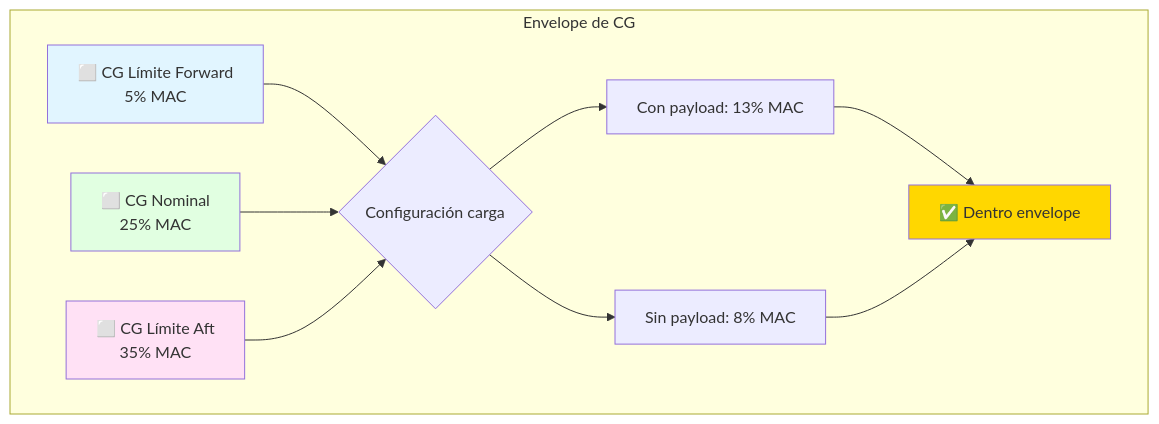
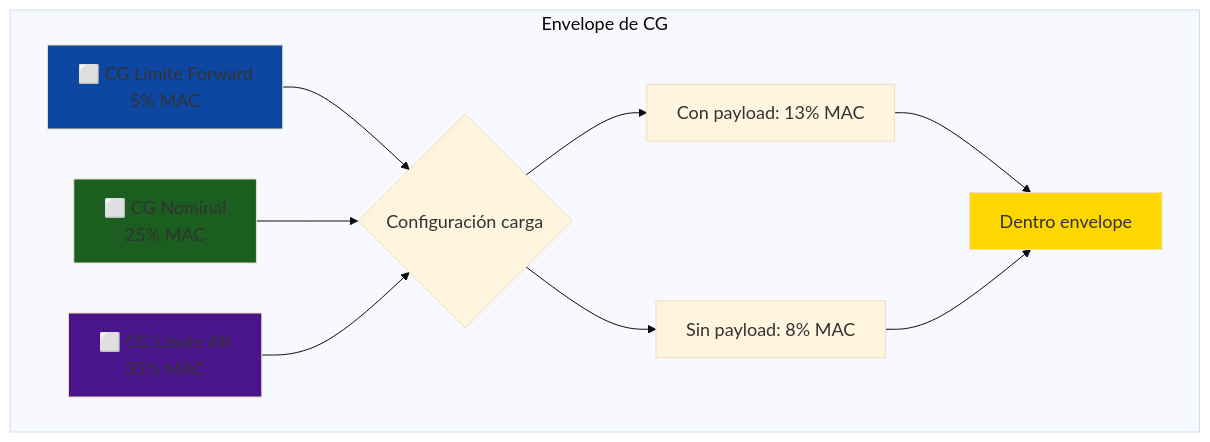
Before and after one commit to Ai-Whisperers/Courses-Content: the seventh of 12 diagrams in courses/🟡-development/FPUNA-2026/03-INGENIERIA-AERONAUTICA/05-diseno-aeronaves.md, drawn with Mermaid. The commit also changed other lines of this file and 47 other files, not shown here.

First line of the commit message:
fix: Make all 473 diagrams WCAG AAA accessible (FPUNA-2026)

````diff
--- a/courses/🟡-development/FPUNA-2026/03-INGENIERIA-AERONAUTICA/05-diseno-aeronaves.md
+++ b/courses/🟡-development/FPUNA-2026/03-INGENIERIA-AERONAUTICA/05-diseno-aeronaves.md
@@ -509,23 +515,24 @@
 ```mermaid
+%%{init: {'theme':'base', 'themeVariables': {'fontSize':'18px'}}}%%
 graph TD
     subgraph "Envelope de CG"
         A[⬜ CG Límite Forward<br/>5% MAC]
         B[⬜ CG Nominal<br/>25% MAC]
         C[⬜ CG Límite Aft<br/>35% MAC]
         
         A --> D{Configuración carga}
         B --> D
         C --> D
         
         D --> E[Con payload: 13% MAC]
         D --> F[Sin payload: 8% MAC]
         
-        E --> G[✅ Dentro envelope]
+        E --> G[Dentro envelope]
         F --> G
     end
     
-    style A fill:#E1F5FF
-    style B fill:#E1FFE1
-    style C fill:#FFE1F5
+    style A fill:#0d47a1
+    style B fill:#1b5e20
+    style C fill:#4a148c
     style G fill:#FFD700
 ```
````
